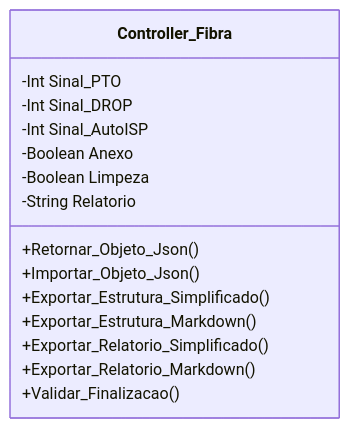
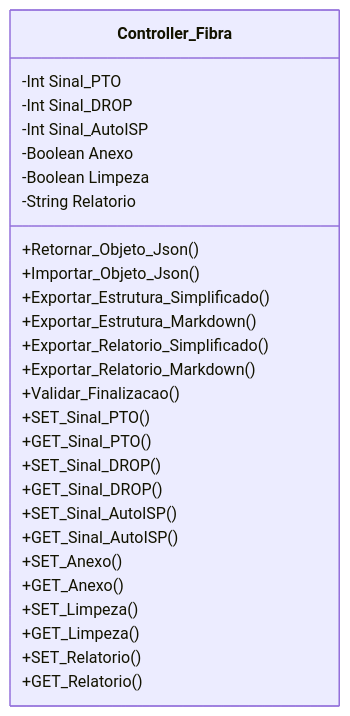
Before and after one commit to ETECC-Telecom/ValtObsidian-Script-Moto: the diagram in DOCUMENTOS/Classe - Conferência Fibra.md, drawn with Mermaid. The commit also changed other lines of this file and 7 other files, not shown here.

````diff
--- a/DOCUMENTOS/Classe - Conferência Fibra.md
+++ b/DOCUMENTOS/Classe - Conferência Fibra.md
@@ -54,19 +54,32 @@
 ```mermaid
 classDiagram
     class Controller_Fibra{
 		-Int Sinal_PTO
 		-Int Sinal_DROP
 		-Int Sinal_AutoISP
 		-Boolean Anexo
 		-Boolean Limpeza
 		-String Relatorio
       
 		+Retornar_Objeto_Json()
 		+Importar_Objeto_Json()
 		+Exportar_Estrutura_Simplificado()
 		+Exportar_Estrutura_Markdown()
 		+Exportar_Relatorio_Simplificado()
 		+Exportar_Relatorio_Markdown()
 		+Validar_Finalizacao()
+		
+		+SET_Sinal_PTO()
+		+GET_Sinal_PTO()
+		+SET_Sinal_DROP()
+		+GET_Sinal_DROP()
+		+SET_Sinal_AutoISP()
+		+GET_Sinal_AutoISP()
+		+SET_Anexo()
+		+GET_Anexo()
+		+SET_Limpeza()
+		+GET_Limpeza()
+		+SET_Relatorio()
+		+GET_Relatorio()
     }
 ```
````
